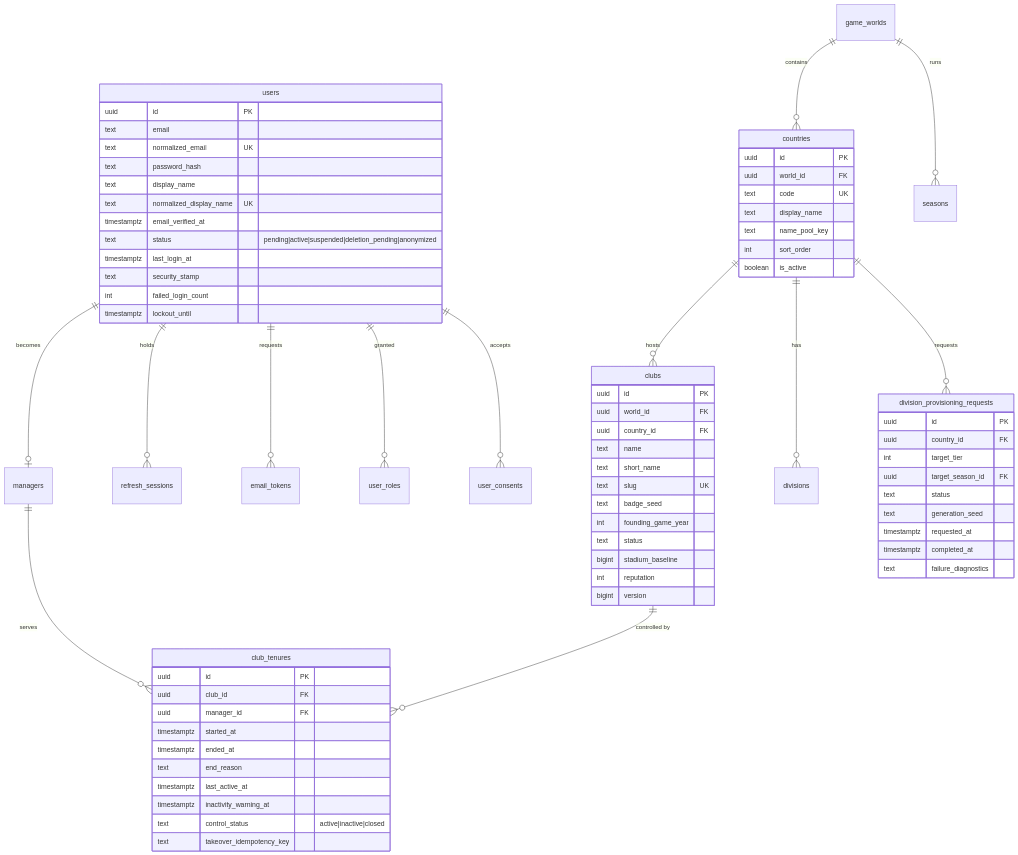
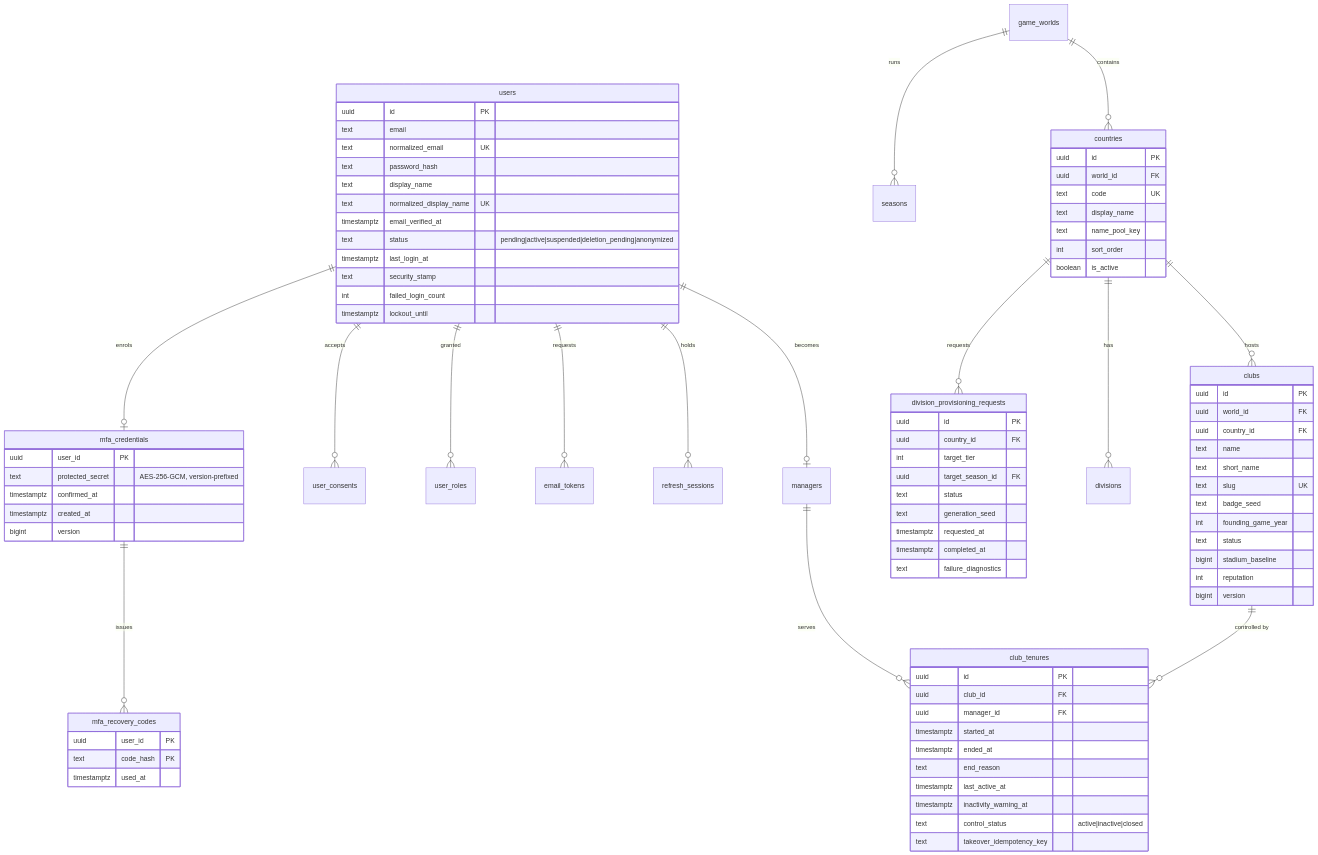
The second of 5 diagrams in docs/architecture/data-model.md (EndAroundCarry/touchline-manager-online), drawn with Mermaid before and after one commit. The commit also changed other lines of this file and 9 other files, not shown here.

````diff
--- a/docs/architecture/data-model.md
+++ b/docs/architecture/data-model.md
@@ -146,6 +148,8 @@
     users ||--o{ email_tokens : "requests"
     users ||--o{ user_roles : "granted"
     users ||--o{ user_consents : "accepts"
+    users ||--o| mfa_credentials : "enrols"
+    mfa_credentials ||--o{ mfa_recovery_codes : "issues"
     managers ||--o{ club_tenures : "serves"
     game_worlds ||--o{ countries : "contains"
     game_worlds ||--o{ seasons : "runs"
@@ -214,4 +218,16 @@
         timestamptz completed_at
         text failure_diagnostics
     }
+    mfa_credentials {
+        uuid user_id PK
+        text protected_secret "AES-256-GCM, version-prefixed"
+        timestamptz confirmed_at
+        timestamptz created_at
+        bigint version
+    }
+    mfa_recovery_codes {
+        uuid user_id PK
+        text code_hash PK
+        timestamptz used_at
+    }
 ```
````
